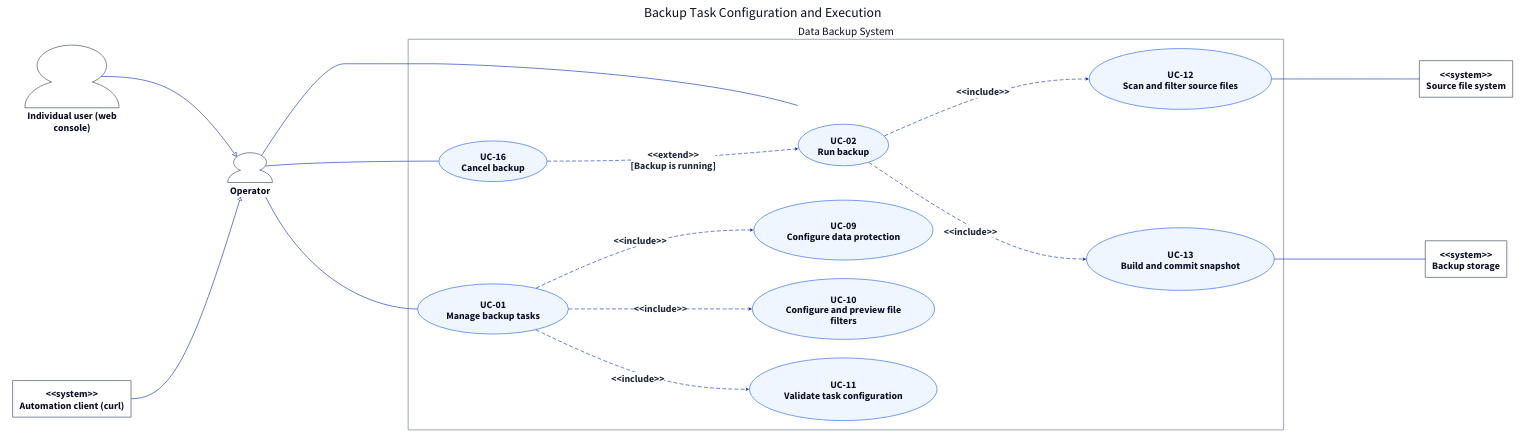
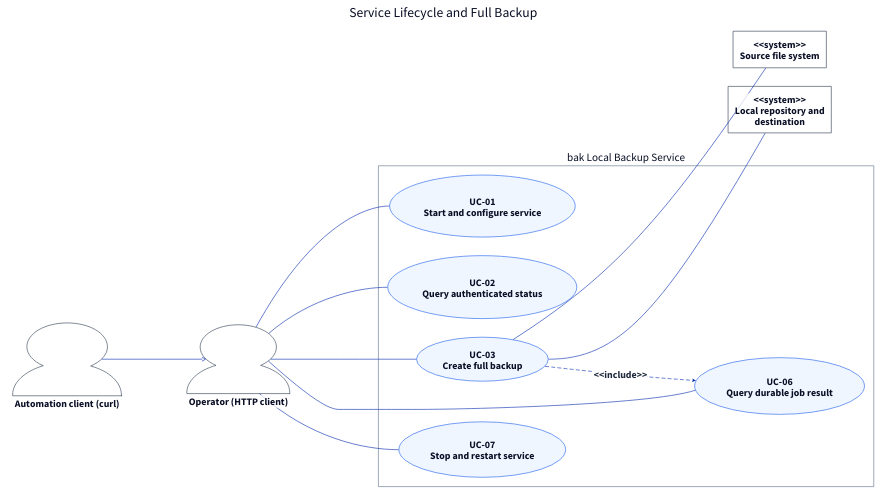
One commit to qi7876/software-development-exp changed the diagram in docs/report/generated/use-case-configuration-execution.d2. Above: the diagram before and after it, drawn with D2. The commit also changed 34 other files, not shown here.

```diff
--- a/docs/report/generated/use-case-configuration-execution.d2
+++ b/docs/report/generated/use-case-configuration-execution.d2
@@ -1,94 +1,70 @@
 # Generated from docs/report/use-cases.yaml; do not edit directly.
 direction: right
 **.style.font-size: 32
 (** -> **)[*].style: {font-size: 32; bold: true; italic: false; font-color: "#1E293B"}
 (** -- **)[*].style: {font-size: 32; bold: true; italic: false; font-color: "#1E293B"}
 (** <- **)[*].style: {font-size: 32; bold: true; italic: false; font-color: "#1E293B"}
-diagram: "Backup Task Configuration and Execution" {
+diagram: "Service Lifecycle and Full Backup" {
   style.font-size: 44
   style.fill: white
   style.stroke: transparent
-  CLIENT: "Operator" {
+  CLIENT: "Operator (HTTP client)" {
     shape: person
     style.stroke: "#334155"
     style.fill: white
   }
-  USR: "Individual user (web\nconsole)" {
+  AUT: "Automation client (curl)" {
     shape: person
-    style.stroke: "#334155"
-    style.fill: white
-  }
-  AUT: "<<system>>\nAutomation client (curl)" {
-    shape: rectangle
     style.stroke: "#334155"
     style.fill: white
   }
   SRC: "<<system>>\nSource file system" {
     shape: rectangle
     style.stroke: "#334155"
     style.fill: white
   }
-  TGT: "<<system>>\nBackup storage" {
+  TGT: "<<system>>\nLocal repository and\ndestination" {
     shape: rectangle
     style.stroke: "#334155"
     style.fill: white
   }
-  system: "Data Backup System" {
+  system: "bak Local Backup Service" {
     style.font-size: 36
     style.stroke: "#64748B"
     style.fill: white
-    UC_01: "UC-01\nManage backup tasks" {
+    UC_01: "UC-01\nStart and configure service" {
       shape: oval
       style.stroke: "#2563EB"
       style.fill: "#EFF6FF"
     }
-    UC_02: "UC-02\nRun backup" {
+    UC_02: "UC-02\nQuery authenticated status" {
       shape: oval
       style.stroke: "#2563EB"
       style.fill: "#EFF6FF"
     }
-    UC_09: "UC-09\nConfigure data protection" {
+    UC_03: "UC-03\nCreate full backup" {
       shape: oval
       style.stroke: "#2563EB"
       style.fill: "#EFF6FF"
     }
-    UC_10: "UC-10\nConfigure and preview file\nfilters" {
+    UC_06: "UC-06\nQuery durable job result" {
       shape: oval
       style.stroke: "#2563EB"
       style.fill: "#EFF6FF"
     }
-    UC_11: "UC-11\nValidate task configuration" {
-      shape: oval
-      style.stroke: "#2563EB"
-      style.fill: "#EFF6FF"
-    }
-    UC_12: "UC-12\nScan and filter source files" {
-      shape: oval
-      style.stroke: "#2563EB"
-      style.fill: "#EFF6FF"
-    }
-    UC_13: "UC-13\nBuild and commit snapshot" {
-      shape: oval
-      style.stroke: "#2563EB"
-      style.fill: "#EFF6FF"
-    }
-    UC_16: "UC-16\nCancel backup" {
+    UC_07: "UC-07\nStop and restart service" {
       shape: oval
       style.stroke: "#2563EB"
       style.fill: "#EFF6FF"
     }
   }
   CLIENT -- system.UC_01
   CLIENT -- system.UC_02
-  CLIENT -- system.UC_16
-  system.UC_12 -- SRC
-  system.UC_13 -- TGT
-  USR -> CLIENT: {target-arrowhead.style.filled: false}
+  CLIENT -- system.UC_03
+  CLIENT -- system.UC_06
+  CLIENT -- system.UC_07
+  system.UC_03 -- SRC
+  system.UC_03 -- TGT
   AUT -> CLIENT: {target-arrowhead.style.filled: false}
-  system.UC_01 -> system.UC_09: "<<include>>" {style.stroke-dash: 5; target-arrowhead.shape: arrow}
-  system.UC_01 -> system.UC_10: "<<include>>" {style.stroke-dash: 5; target-arrowhead.shape: arrow}
-  system.UC_01 -> system.UC_11: "<<include>>" {style.stroke-dash: 5; target-arrowhead.shape: arrow}
-  system.UC_02 -> system.UC_12: "<<include>>" {style.stroke-dash: 5; target-arrowhead.shape: arrow}
-  system.UC_02 -> system.UC_13: "<<include>>" {style.stroke-dash: 5; target-arrowhead.shape: arrow}
-  system.UC_16 -> system.UC_02: "<<extend>>\n[Backup is running]" {style.stroke-dash: 5; target-arrowhead.shape: arrow}
+  system.UC_03 -> system.UC_06: "<<include>>" {style.stroke-dash: 5; target-arrowhead.shape: arrow}
 }
```
